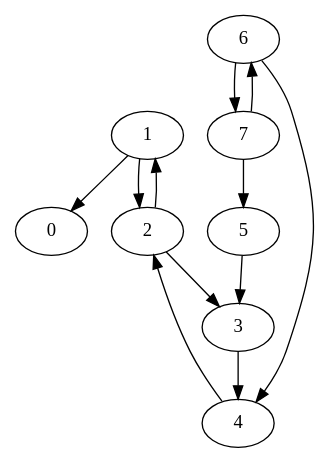
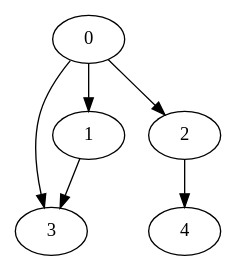
One commit to fabricenativel/cpge-info changed the diagram in docs/mp2i/files/C17/temp.gv. Above: the diagram before and after it, drawn with Graphviz. The commit also changed 24 other files, not shown here.

```diff
--- a/docs/mp2i/files/C17/temp.gv
+++ b/docs/mp2i/files/C17/temp.gv
@@ -1,21 +1,7 @@
 digraph mygraph {
-0
-1
-1 -> 0
-1 -> 2
-2
-2 -> 1
-2 -> 3
-3
-3 -> 4
-4
-4 -> 2
-5
-5 -> 3
-6
-6 -> 4
-6 -> 7
-7
-7 -> 5
-7 -> 6
+0 -> 3
+0 -> 2
+0 -> 1
+1 -> 3
+2 -> 4
 }
```
